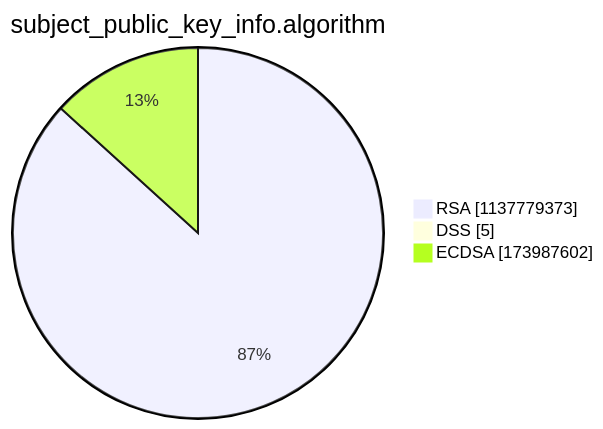
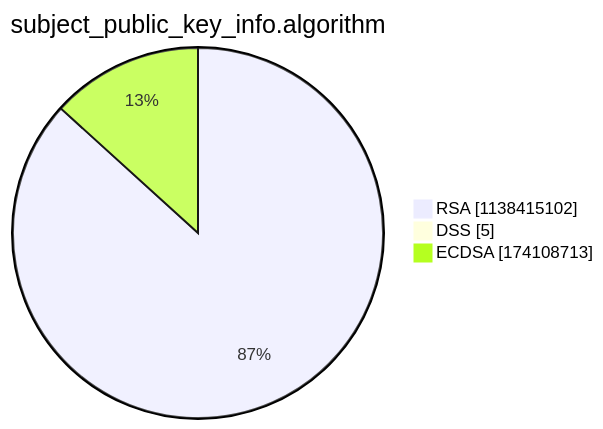
Before and after one commit to christiankrug/ctmonitor_visualization: the third of 15 diagrams in argon2022/README.md, drawn with Mermaid. The commit also changed other lines of this file, not shown here.

````diff
--- a/argon2022/README.md
+++ b/argon2022/README.md
@@ -14,7 +14,7 @@
 ```mermaid
 pie showData
 title subject_public_key_info.algorithm
-"RSA" :1137779373
+"RSA" :1138415102
 "DSS" :5
-"ECDSA" :173987602
+"ECDSA" :174108713
 ```
````
